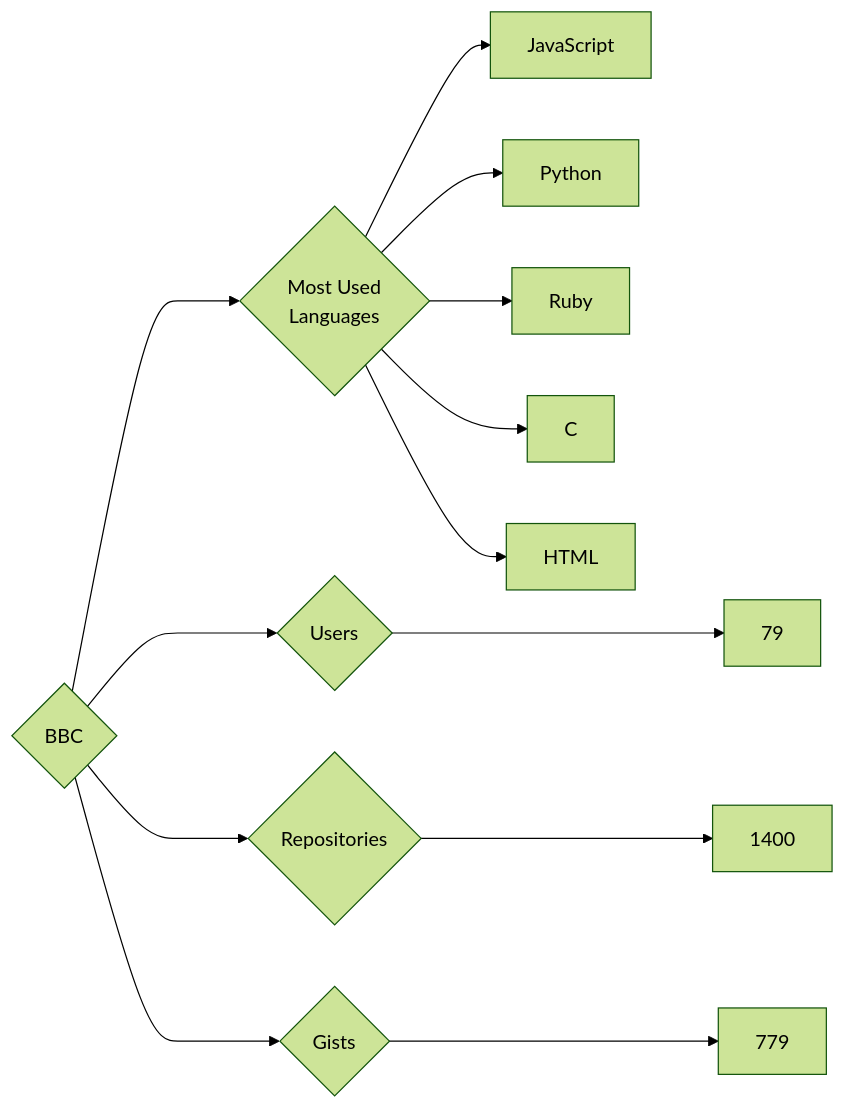
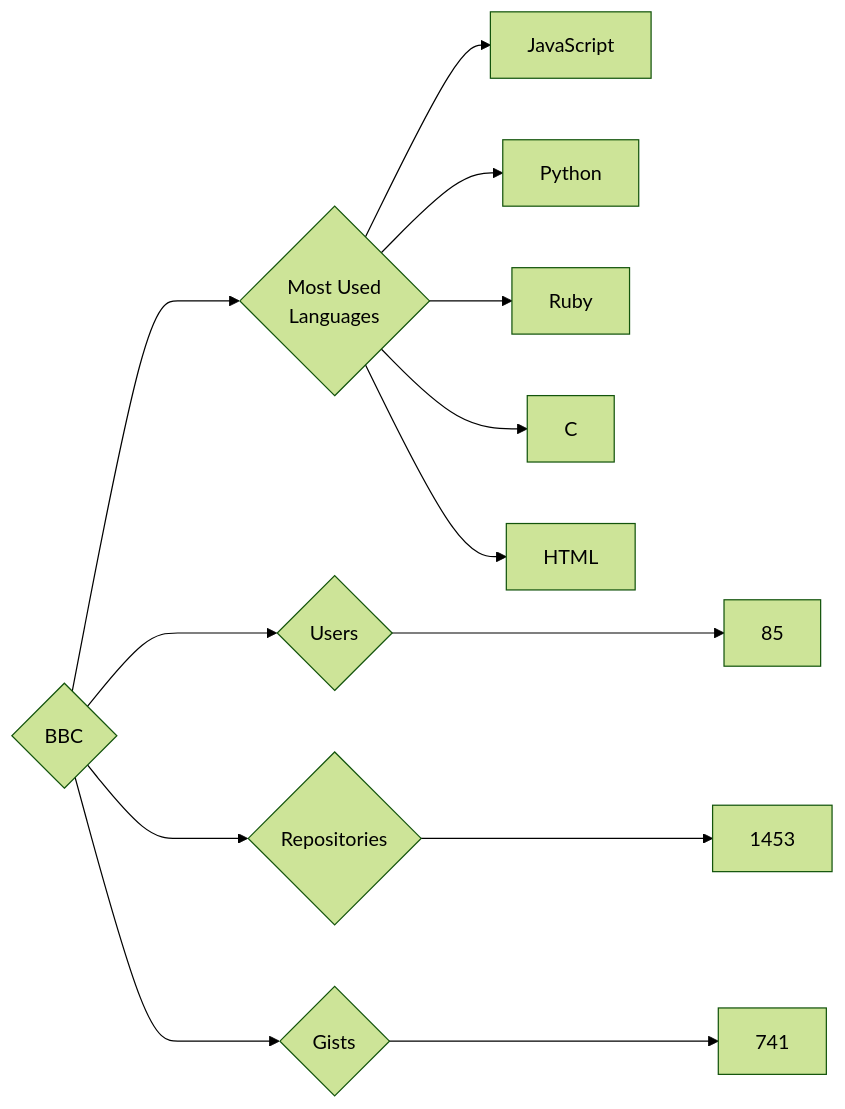
Before and after one commit to trickest/insiders: the diagram in targets/BBC/README.md, drawn with Mermaid (forest theme). The commit also changed 927 other files, not shown here.

````diff
--- a/targets/BBC/README.md
+++ b/targets/BBC/README.md
@@ -3,13 +3,13 @@
 ```mermaid
 graph LR
 COMPANY_NAME{BBC}
-COMPANY_NAME ---> U{Users} ---> UN[79]
-COMPANY_NAME ---> R{Repositories} ---> RN[1400]
-COMPANY_NAME ---> G{Gists} ---> GN[779]
+COMPANY_NAME ---> U{Users} ---> UN[85]
+COMPANY_NAME ---> R{Repositories} ---> RN[1453]
+COMPANY_NAME ---> G{Gists} ---> GN[741]
 COMPANY_NAME ---> ML{Most Used<br>Languages}
 ML --> JavaScript[JavaScript]
 ML --> Python[Python]
 ML --> Ruby[Ruby]
 ML --> C[C]
 ML --> HTML[HTML]
 ```
````
